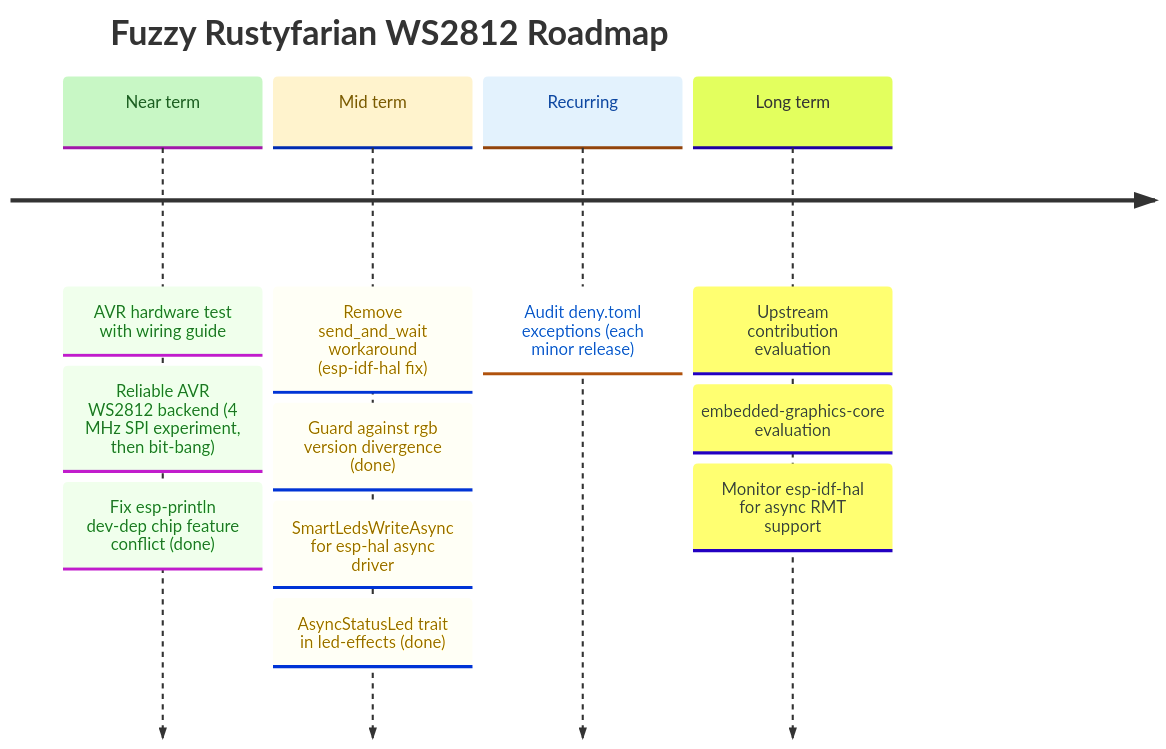
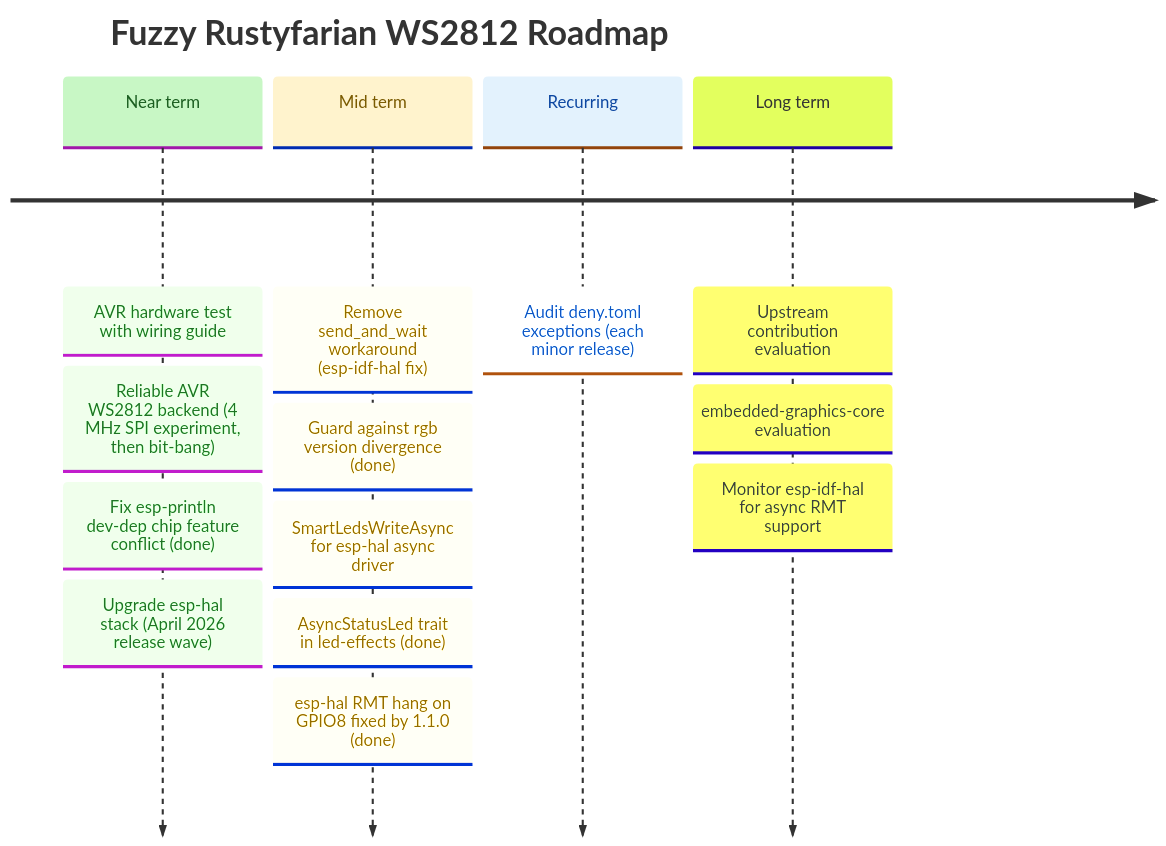
One commit to datenkollektiv/rustyfarian-ws2812 changed the diagram in docs/ROADMAP.md. Above: the diagram before and after it, drawn with Mermaid. The commit also changed other lines of this file and 26 other files, not shown here.

Commit message:
Upgrade `esp-hal` stack to version 1.1.0

````diff
--- a/docs/ROADMAP.md
+++ b/docs/ROADMAP.md
@@ -10,31 +13,33 @@
 ```mermaid
 %%{init: {
   "theme": "base",
   "themeVariables": {
     "cScale0": "#c8f7c5",
     "cScaleLabel0": "#1b5e20",
     "cScale1": "#fff3cd",
     "cScaleLabel1": "#7a5a00",
     "cScale2": "#e3f2fd",
     "cScaleLabel2": "#0d47a1"
   }
 }}%%
 
 timeline
     title Fuzzy Rustyfarian WS2812 Roadmap
 
     Near term : AVR hardware test with wiring guide
               : Reliable AVR WS2812 backend (4 MHz SPI experiment, then bit-bang)
               : Fix esp-println dev-dep chip feature conflict (done)
+              : Upgrade esp-hal stack (April 2026 release wave)
 
     Mid term  : Remove send_and_wait workaround (esp-idf-hal fix)
               : Guard against rgb version divergence (done)
               : SmartLedsWriteAsync for esp-hal async driver
               : AsyncStatusLed trait in led-effects (done)
+              : esp-hal RMT hang on GPIO8 fixed by 1.1.0 (done)
 
     Recurring : Audit deny.toml exceptions (each minor release)
 
     Long term : Upstream contribution evaluation
               : embedded-graphics-core evaluation
               : Monitor esp-idf-hal for async RMT support
 ```
````
